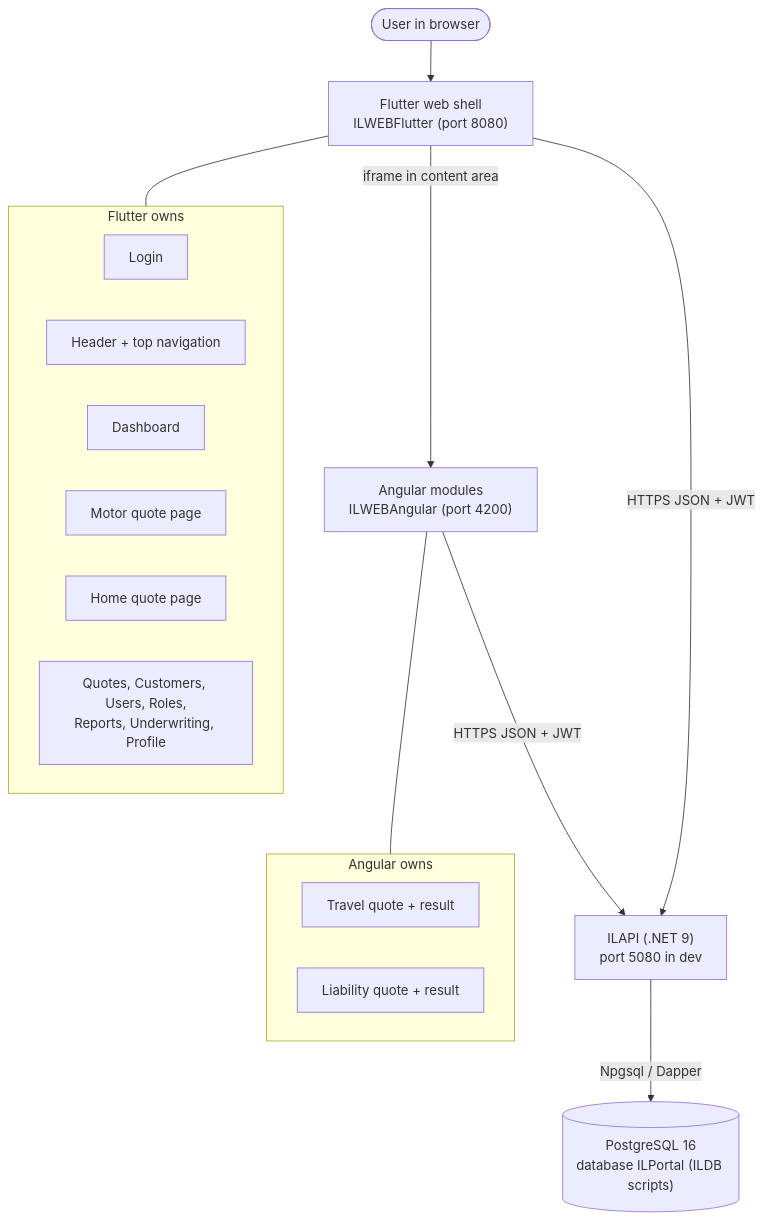
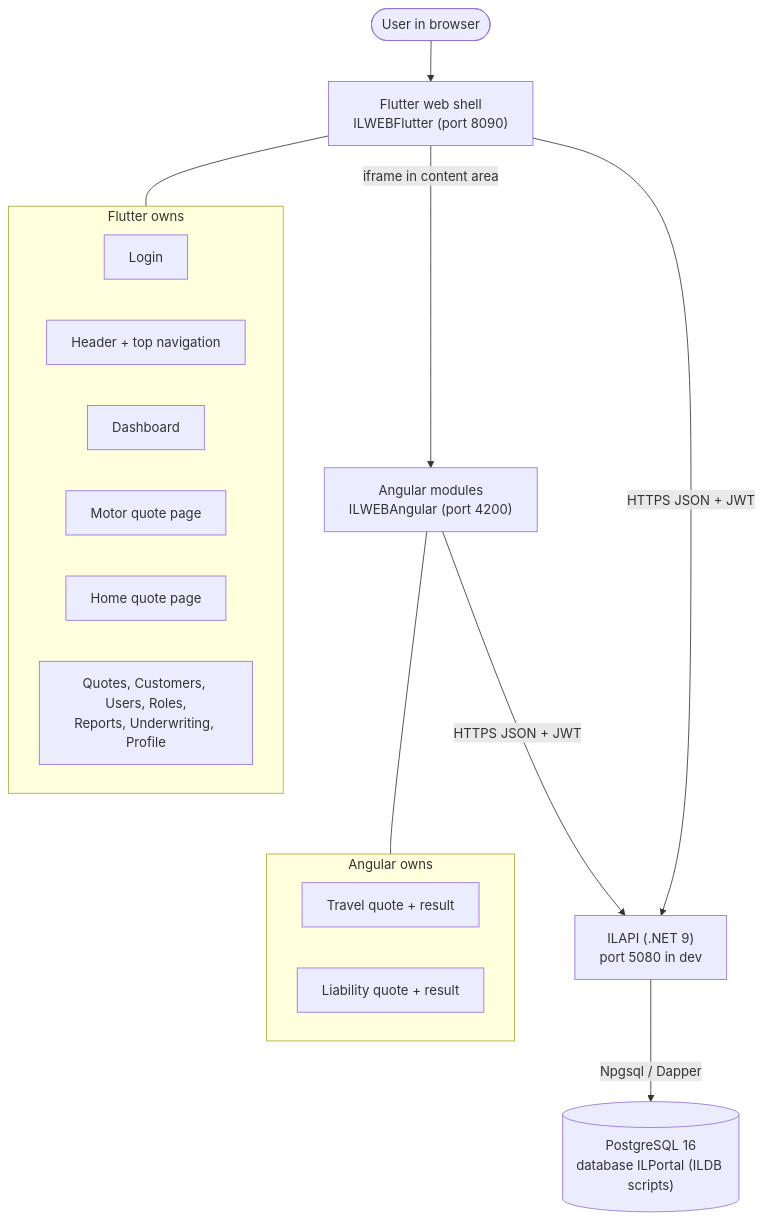
Before and after one commit to imsunilg/ILDoc: the diagram in diagrams/overall-architecture.md, drawn with Mermaid. The commit also changed 10 other files, not shown here.

````diff
--- a/diagrams/overall-architecture.md
+++ b/diagrams/overall-architecture.md
@@ -5,25 +5,25 @@
 ```mermaid
 flowchart TD
-    User([User in browser]) --> Flutter["Flutter web shell<br/>ILWEBFlutter (port 8080)"]
+    User([User in browser]) --> Flutter["Flutter web shell<br/>ILWEBFlutter (port 8090)"]
 
     subgraph Shell["Flutter owns"]
         Login[Login]
         Header[Header + top navigation]
         Dash[Dashboard]
         Motor[Motor quote page]
         Home[Home quote page]
         Misc["Quotes, Customers, Users, Roles,<br/>Reports, Underwriting, Profile"]
     end
     Flutter --- Shell
 
     Flutter -->|"iframe in content area"| Angular["Angular modules<br/>ILWEBAngular (port 4200)"]
     subgraph Mods["Angular owns"]
         Travel[Travel quote + result]
         Liability[Liability quote + result]
     end
     Angular --- Mods
 
     Flutter -->|"HTTPS JSON + JWT"| API["ILAPI (.NET 9)<br/>port 5080 in dev"]
     Angular -->|"HTTPS JSON + JWT"| API
     API -->|"Npgsql / Dapper"| DB[("PostgreSQL 16<br/>database ILPortal (ILDB scripts)")]
 ```
````
